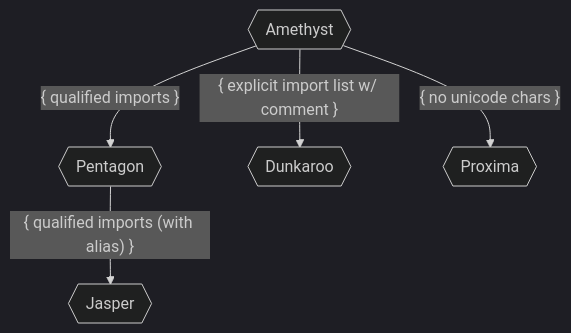
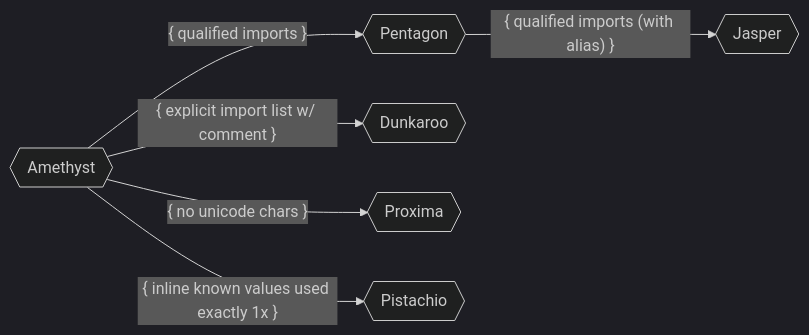
One commit to DrasilOrg/Notes changed the diagram in human-readable code/New Variants.md. Above: the diagram before and after it, drawn with Mermaid (dark theme). The commit also changed other lines of this file, not shown here.

Commit message:
New Variant: Pistachio

````diff
--- a/human-readable code/New Variants.md
+++ b/human-readable code/New Variants.md
@@ -56,7 +56,8 @@
 ```mermaid
-flowchart TD
+flowchart LR
     amethyst{{Amethyst}} -- { qualified imports } --> pentagon{{Pentagon}}
     pentagon -- { qualified imports (with alias) } --> jasper{{Jasper}}
     amethyst -- { explicit import list w/ comment } --> dunkaroo{{Dunkaroo}}
     amethyst -- { no unicode chars } --> proxima{{Proxima}}
+    amethyst -- { inline known values used exactly 1x } --> pistachio{{Pistachio}}
 ```
````
